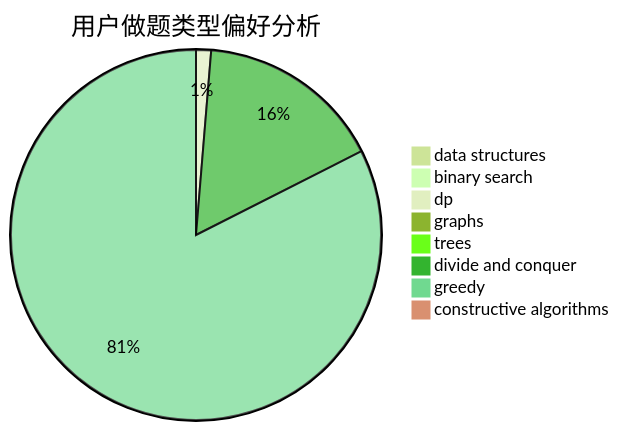
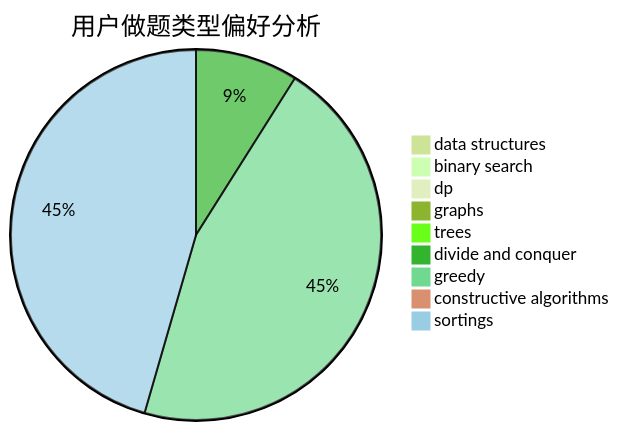
Before and after one commit to sherpahu/cfrs.github.io: the second of 3 diagrams in docs/user/u376.md, drawn with Mermaid (forest theme). The commit also changed other lines of this file and 2769 other files, not shown here.

````diff
--- a/docs/user/u376.md
+++ b/docs/user/u376.md
@@ -23,11 +18,12 @@
 ```mermaid
 pie title 用户做题类型偏好分析
     "data structures" :  3
     "binary search" :  3
     "dp" :  5
     "graphs" :  1
     "trees" :  0
     "divide and conquer" :  62
     "greedy" :  315
     "constructive algorithms" :  0
+    "sortings" :  315
 ```
````
